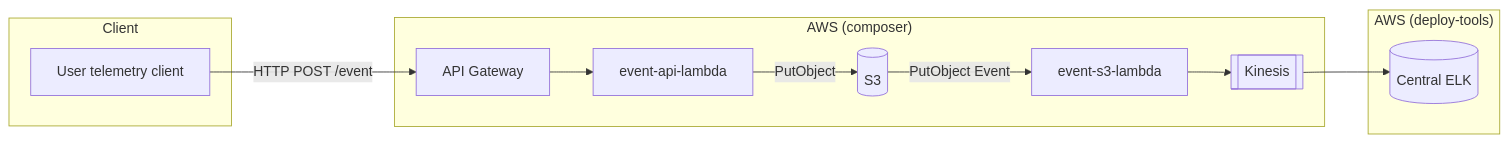
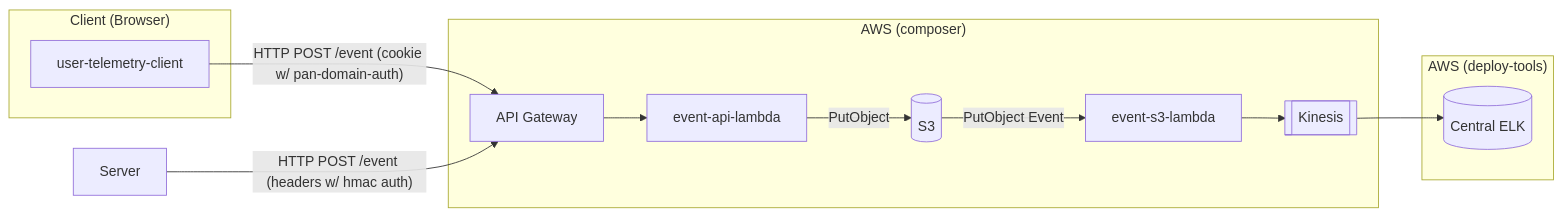
Before and after one commit to guardian/editorial-tools-user-telemetry-service: the diagram in README.md, drawn with Mermaid.

Commit message:
Auth detail

````diff
--- a/README.md
+++ b/README.md
@@ -5,17 +7,17 @@
 ```mermaid
 flowchart LR
-    subgraph Client
-    UTC[User telemetry client]
+    subgraph "Client (Browser)"
+    UTC[user-telemetry-client]
     end
-    UTC--HTTP POST /event-->AG[API Gateway]
+    UTC--"HTTP POST /event (cookie w/ pan-domain-auth)"-->AG[API Gateway]
+    SRV[Server]--"HTTP POST /event (headers w/ hmac auth)"-->AG
     subgraph "AWS (composer)"
     AG-->EAL[event-api-lambda]
     EAL--PutObject-->S3[(S3)]
     S3--PutObject Event-->ESL[event-s3-lambda]
     ESL-->K[[Kinesis]]
     end
     subgraph "AWS (deploy-tools)"
     K-->CE[(Central ELK)]
     end
-
 ```
````
